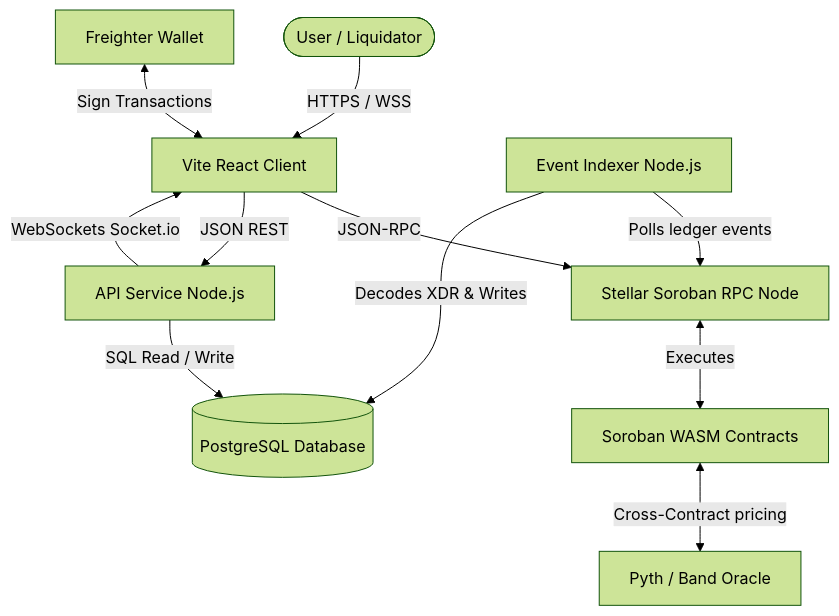
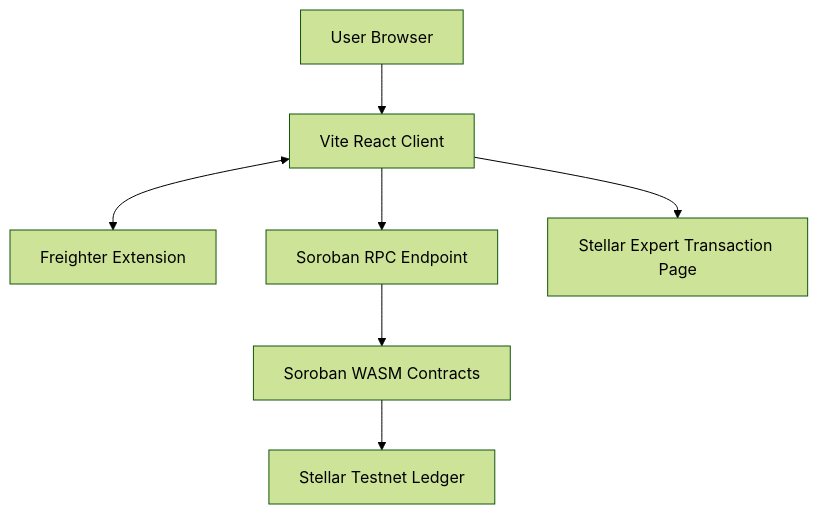
One commit to TheAnh1404/UdonFi changed the second of 4 diagrams in docs/03-c4-model.md. Above: the diagram before and after it, drawn with Mermaid (forest theme). The commit also changed other lines of this file and 191 other files, not shown here.

````diff
--- a/docs/03-c4-model.md
+++ b/docs/03-c4-model.md
@@ -33,18 +20,9 @@
 ```mermaid
 graph TB
-    User([User / Liquidator]) -->|HTTPS / WSS| Web[Vite React Client]
-    Wallet[Freighter Wallet] <-->|Sign Transactions| Web
-    
-    Web -->|JSON-RPC| RPC[Stellar Soroban RPC Node]
-    RPC <-->|Executes| Contracts[Soroban WASM Contracts]
-    
-    Web -->|JSON REST| Backend[API Service Node.js]
-    
-    Indexer[Event Indexer Node.js] -->|Polls ledger events| RPC
-    Indexer -->|Decodes XDR & Writes| DB[(PostgreSQL Database)]
-    
-    Backend -->|SQL Read / Write| DB
-    Backend -->|WebSockets Socket.io| Web
-    
-    Contracts <-->|Cross-Contract pricing| Pyth[Pyth / Band Oracle]
+    Browser[User Browser] --> Web[Vite React Client]
+    Web <--> Wallet[Freighter Extension]
+    Web --> RPC[Soroban RPC Endpoint]
+    RPC --> Contracts[Soroban WASM Contracts]
+    Contracts --> Ledger[Stellar Testnet Ledger]
+    Web --> Expert[Stellar Expert Transaction Page]
 ```
````
